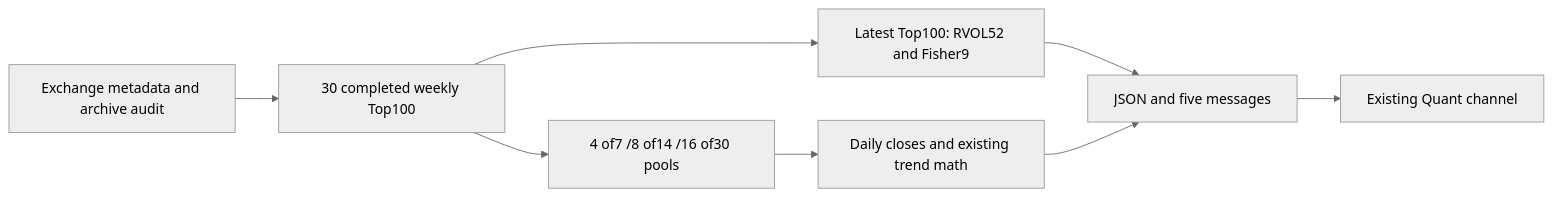
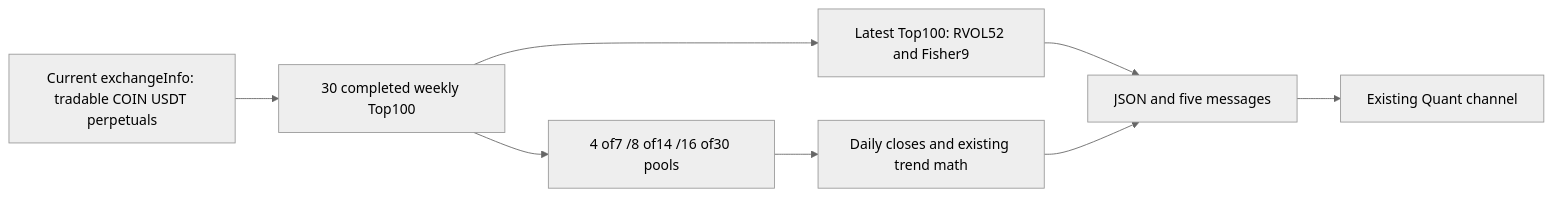
Before and after one commit to owenliang60-ship-it/finance: the first of 2 diagrams in docs/plans/2026-09-20-crypto-weekly-report.md, drawn with Mermaid (neutral theme). The commit also changed other lines of this file and 5 other files, not shown here.

Commit message:
docs: record verified current-universe weekly report acceptance

````diff
--- a/docs/plans/2026-09-20-crypto-weekly-report.md
+++ b/docs/plans/2026-09-20-crypto-weekly-report.md
@@ -15,10 +15,10 @@
 ```mermaid
 flowchart LR
- A[Exchange metadata and archive audit] --> B[30 completed weekly Top100]
+ A[Current exchangeInfo: tradable COIN USDT perpetuals] --> B[30 completed weekly Top100]
  B --> C[Latest Top100: RVOL52 and Fisher9]
  B --> D[4 of7 /8 of14 /16 of30 pools]
  D --> E[Daily closes and existing trend math]
  C --> F[JSON and five messages]
  E --> F
  F --> G[Existing Quant channel]
 ```
````
